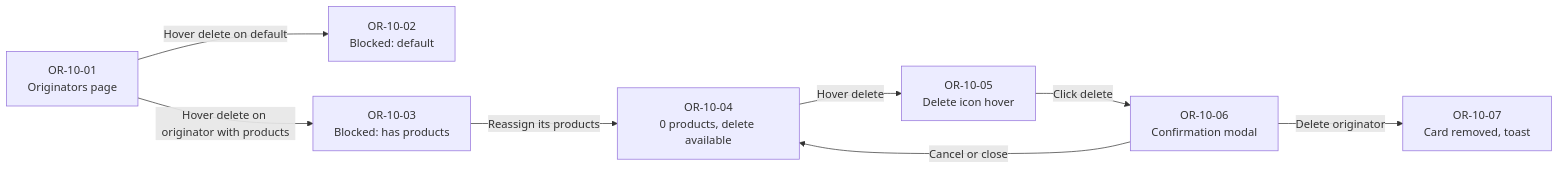
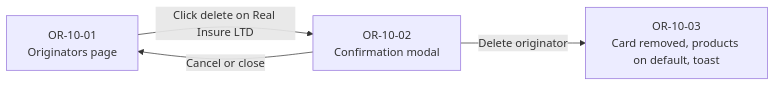
One commit to OGI-Product-Design/buckholt-ai changed the tenth of 11 diagrams in Originators/originators-spec.md. Above: the diagram before and after it, drawn with Mermaid. The commit also changed other lines of this file, not shown here.

````diff
--- a/Originators/originators-spec.md
+++ b/Originators/originators-spec.md
@@ -837,10 +851,6 @@
 ```mermaid
 flowchart LR
-  A[OR-10-01<br/>Originators page] -->|Hover delete on default| B[OR-10-02<br/>Blocked: default]
-  A -->|Hover delete on originator with products| C[OR-10-03<br/>Blocked: has products]
-  C -->|Reassign its products| D[OR-10-04<br/>0 products, delete available]
-  D -->|Hover delete| E[OR-10-05<br/>Delete icon hover]
-  E -->|Click delete| F[OR-10-06<br/>Confirmation modal]
-  F -->|Delete originator| G[OR-10-07<br/>Card removed, toast]
-  F -->|Cancel or close| D
+  A[OR-10-01<br/>Originators page] -->|Click delete on Real Insure LTD| B[OR-10-02<br/>Confirmation modal]
+  B -->|Delete originator| C[OR-10-03<br/>Card removed, products on default, toast]
+  B -->|Cancel or close| A
 ```
````
